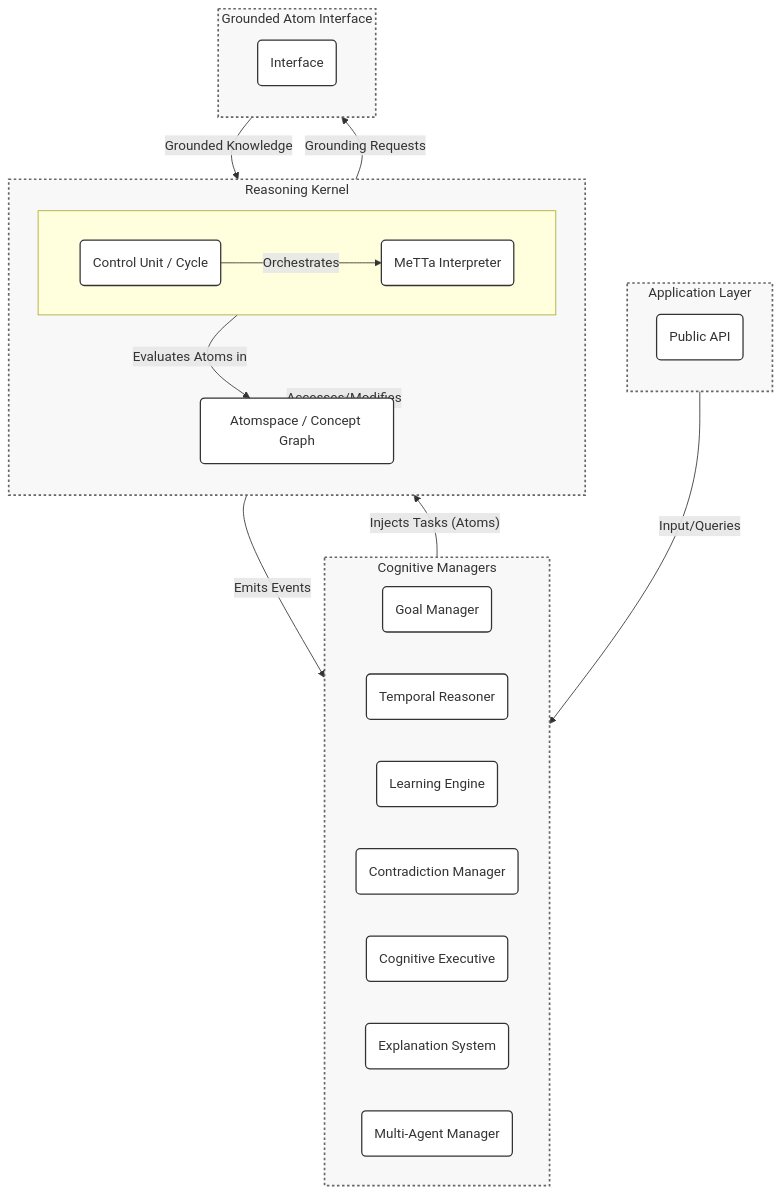
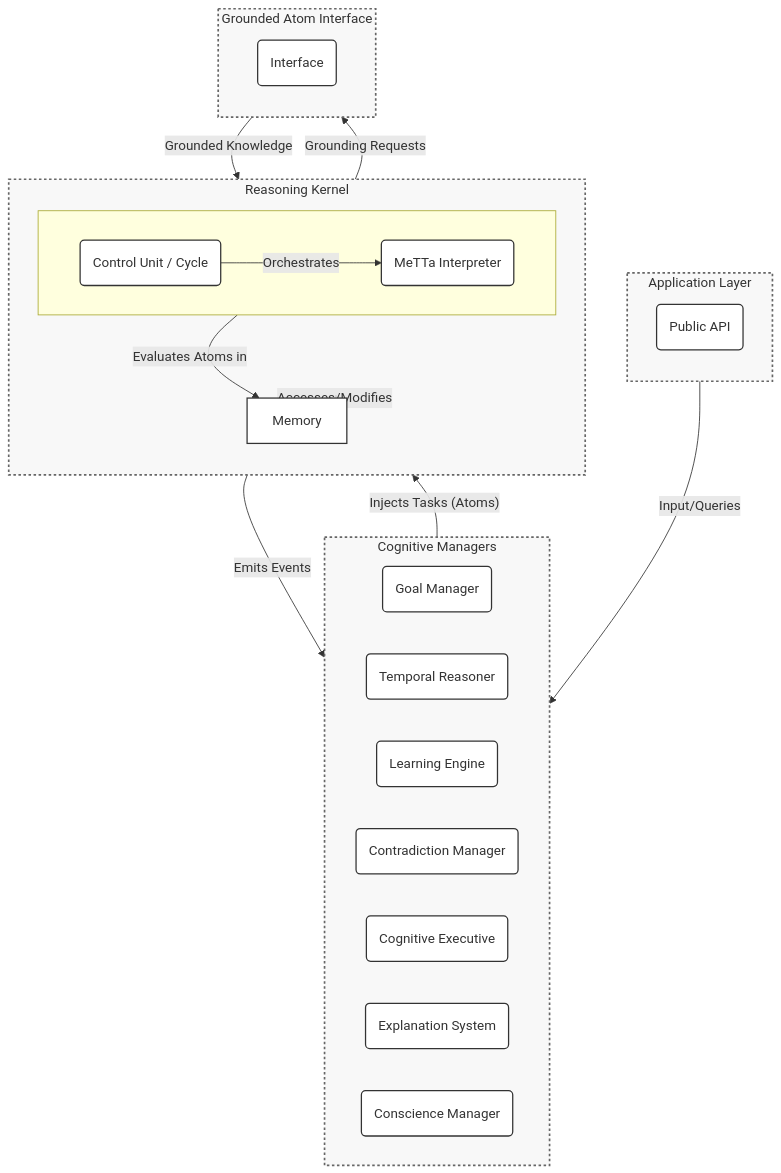
One commit to automenta/hypernars2 changed the first of 2 diagrams in README.md. Above: the diagram before and after it, drawn with Mermaid. The commit also changed other lines of this file, not shown here.

First line of the commit message:
docs: Revise and expand architectural specification

````diff
--- a/README.md
+++ b/README.md
@@ -78,46 +78,46 @@
 ```mermaid
 graph TD
     subgraph AppLayer [Application Layer]
         direction TB
         API(Public API)
     end
 
     subgraph CogManagers [Cognitive Managers]
         direction LR
         GoalManager(Goal Manager)
         TemporalReasoner(Temporal Reasoner)
         LearningEngine(Learning Engine)
         ContradictionManager(Contradiction Manager)
-        MetaReasoner(Cognitive Executive)
+        CognitiveExecutive(Cognitive Executive)
         ExplanationSystem(Explanation System)
-        MultiAgentManager(Multi-Agent Manager)
+        ConscienceManager(Conscience Manager)
     end
 
     subgraph Kernel [Reasoning Kernel]
         direction TB
         subgraph ControlInference [ ]
             direction LR
             ControlUnit(Control Unit / Cycle)
             MeTTaInterpreter(MeTTa Interpreter)
         end
-        Atomspace(Atomspace / Concept Graph)
+        Memory
     end
 
     subgraph Grounding [Grounded Atom Interface]
         direction TB
         GroundingInterface(Interface)
     end
 
     API -- "Input/Queries" --> CogManagers
     CogManagers -- "Injects Tasks (Atoms)" --> Kernel
     Kernel -- "Emits Events" --> CogManagers
-    Kernel -- "Accesses/Modifies" --> Atomspace
-    MeTTaInterpreter -- "Evaluates Atoms in" --> Atomspace
+    Kernel -- "Accesses/Modifies" --> Memory
+    MeTTaInterpreter -- "Evaluates Atoms in" --> Memory
     ControlUnit -- "Orchestrates" --> MeTTaInterpreter
     Kernel -- "Grounding Requests" --> Grounding
     Grounding -- "Grounded Knowledge" --> Kernel
 
     classDef default fill:#fff,stroke:#333,stroke-width:1.5px;
     classDef layer fill:#f8f8f8,stroke:#666,stroke-width:2px,stroke-dasharray: 3 3;
     class AppLayer,CogManagers,Kernel,Grounding layer;
 ```
````
